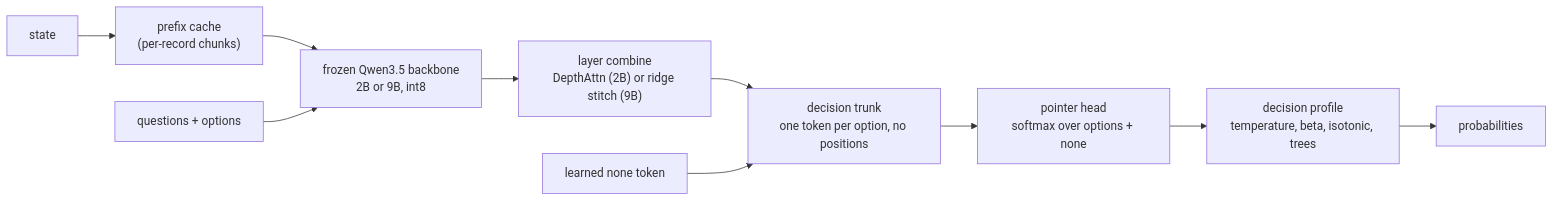
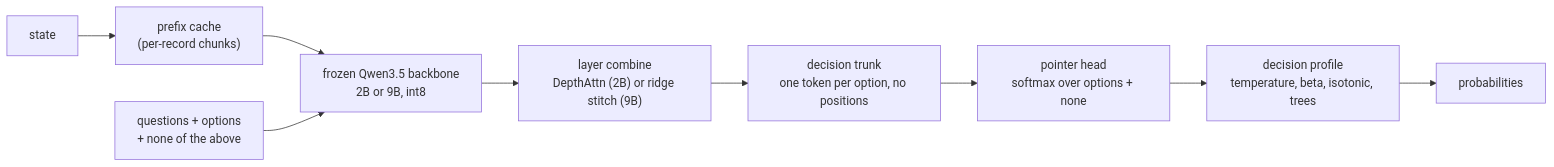
The diagram in README.md (Minerva-Laboratories/OpenDecider), drawn with Mermaid before and after one commit. The commit also changed other lines of this file and 8 other files, not shown here.

Commit message:
Explicit 'none of the above' option by default; hardware requirements; clarify prompt-injection metric; recall with backbone embeddings

````diff
--- a/README.md
+++ b/README.md
@@ -109,12 +130,11 @@
 ```mermaid
 flowchart LR
   S[state] --> C["prefix cache<br/>(per-record chunks)"]
   C --> B["frozen Qwen3.5 backbone<br/>2B or 9B, int8"]
-  Q["questions + options"] --> B
+  Q["questions + options<br/>+ none of the above"] --> B
   B --> L["layer combine<br/>DepthAttn (2B) or ridge stitch (9B)"]
   L --> T["decision trunk<br/>one token per option, no positions"]
-  N["learned none token"] --> T
   T --> H["pointer head<br/>softmax over options + none"]
   H --> P["decision profile<br/>temperature, beta, isotonic, trees"]
   P --> O["probabilities"]
 ```
````
